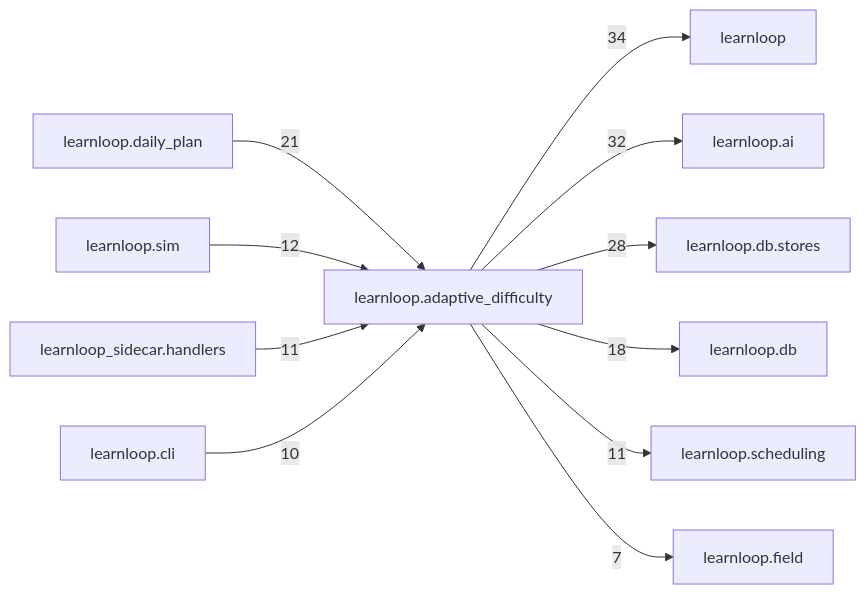
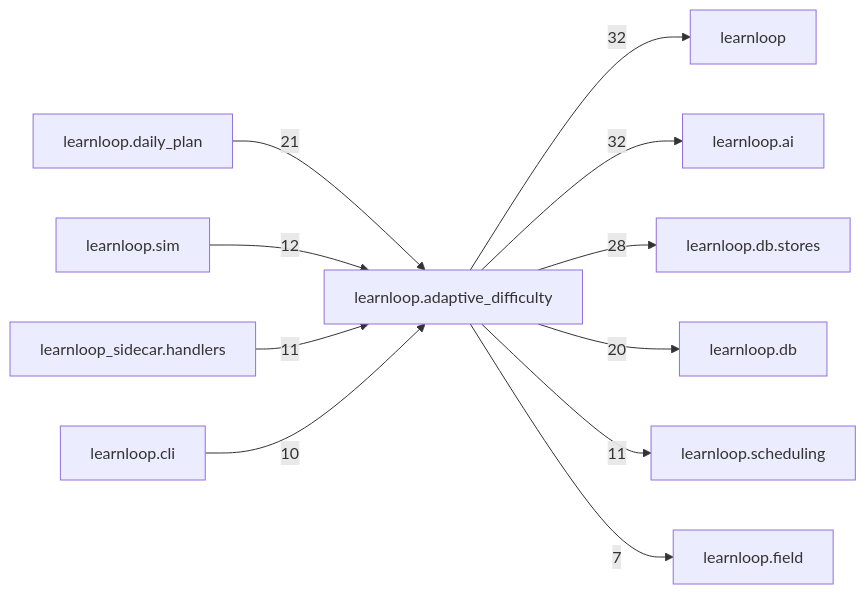
The diagram in docs/learnloop-architecture-vault/Reference/Modules/learnloop/adaptive_difficulty/_package.md (6up-b/learnanything), drawn with Mermaid before and after one commit. The commit also changed other lines of this file and 258 other files, not shown here.

````diff
--- a/docs/learnloop-architecture-vault/Reference/Modules/learnloop/adaptive_difficulty/_package.md
+++ b/docs/learnloop-architecture-vault/Reference/Modules/learnloop/adaptive_difficulty/_package.md
@@ -181,24 +181,24 @@
 ```mermaid
 flowchart LR
     center["learnloop.adaptive_difficulty"]
     n_learnloop["learnloop"]
     n_learnloop_ai["learnloop.ai"]
     n_learnloop_db_stores["learnloop.db.stores"]
     n_learnloop_daily_plan["learnloop.daily_plan"]
     n_learnloop_db["learnloop.db"]
     n_learnloop_sim["learnloop.sim"]
     n_learnloop_scheduling["learnloop.scheduling"]
     n_learnloop_sidecar_handlers["learnloop_sidecar.handlers"]
     n_learnloop_cli["learnloop.cli"]
     n_learnloop_field["learnloop.field"]
-    center -->|34| n_learnloop
+    center -->|32| n_learnloop
     center -->|32| n_learnloop_ai
     center -->|28| n_learnloop_db_stores
     n_learnloop_daily_plan -->|21| center
-    center -->|18| n_learnloop_db
+    center -->|20| n_learnloop_db
     n_learnloop_sim -->|12| center
     center -->|11| n_learnloop_scheduling
     n_learnloop_sidecar_handlers -->|11| center
     n_learnloop_cli -->|10| center
     center -->|7| n_learnloop_field
 ```
````
